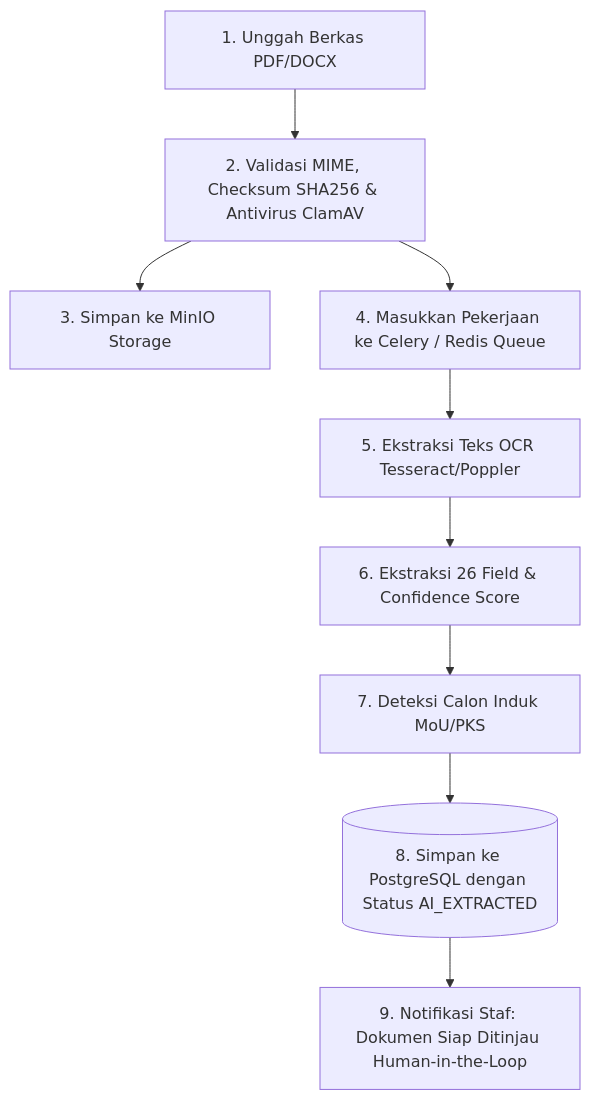
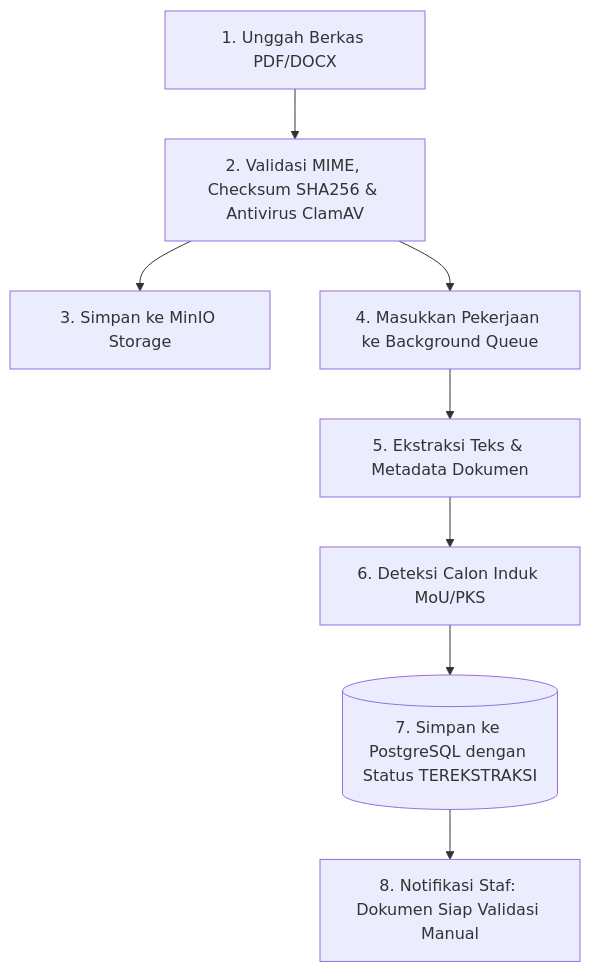
Before and after one commit to samuelhtampubolon/ksdas-itdel: the second of 2 diagrams in docs/PANDUAN_INTEGRASI_SDI_TSI.md, drawn with Mermaid. The commit also changed other lines of this file and 9 other files, not shown here.

````diff
--- a/docs/PANDUAN_INTEGRASI_SDI_TSI.md
+++ b/docs/PANDUAN_INTEGRASI_SDI_TSI.md
@@ -148,11 +148,10 @@
 ```mermaid
 graph TD
     Upload[1. Unggah Berkas PDF/DOCX] --> Validate[2. Validasi MIME, Checksum SHA256 & Antivirus ClamAV]
     Validate --> MinIO[3. Simpan ke MinIO Storage]
-    Validate --> WorkerQueue[4. Masukkan Pekerjaan ke Celery / Redis Queue]
-    WorkerQueue --> OCR[5. Ekstraksi Teks OCR Tesseract/Poppler]
-    OCR --> Parser[6. Ekstraksi 26 Field & Confidence Score]
-    Parser --> Matcher[7. Deteksi Calon Induk MoU/PKS]
-    Matcher --> DB[(8. Simpan ke PostgreSQL dengan Status AI_EXTRACTED)]
-    DB --> Event[9. Notifikasi Staf: Dokumen Siap Ditinjau Human-in-the-Loop]
+    Validate --> WorkerQueue[4. Masukkan Pekerjaan ke Background Queue]
+    WorkerQueue --> Parser[5. Ekstraksi Teks & Metadata Dokumen]
+    Parser --> Matcher[6. Deteksi Calon Induk MoU/PKS]
+    Matcher --> DB[(7. Simpan ke PostgreSQL dengan Status TEREKSTRAKSI)]
+    DB --> Event[8. Notifikasi Staf: Dokumen Siap Validasi Manual]
 ```
````
